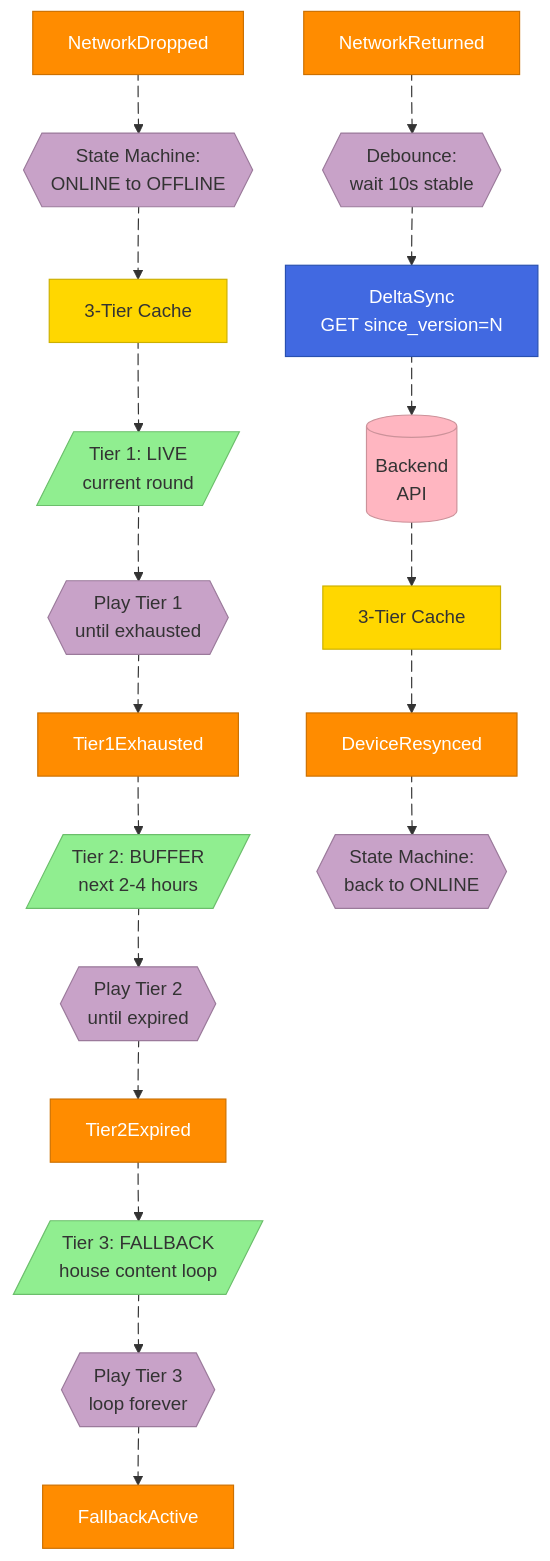
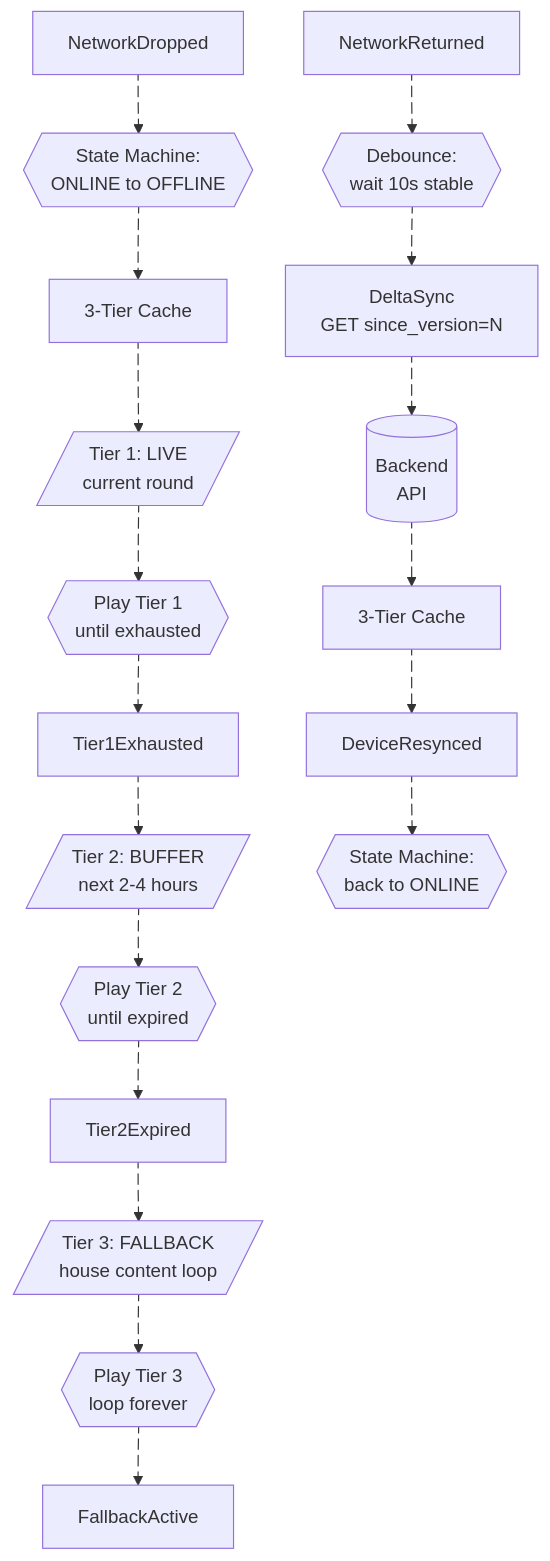
Before and after one commit to wasikarn/jira-generator: the diagram in scripts/diagrams/10-4-process-offline.mmd, drawn with Mermaid. The commit also changed 8 other files, not shown here.

First line of the commit message:
refactor: remove custom color styling from all Event Storming diagrams

```diff
--- a/scripts/diagrams/10-4-process-offline.mmd
+++ b/scripts/diagrams/10-4-process-offline.mmd
@@ -1,88 +1,57 @@
 flowchart TD
     E_DROP["NetworkDropped"]
     POL_OFFLINE{{"State Machine:<br/>ONLINE to OFFLINE"}}
     AGG_CACHE["3-Tier Cache"]
     RM_T1[/"Tier 1: LIVE<br/>current round"/]
     POL_T1{{"Play Tier 1<br/>until exhausted"}}
     E_T1_DONE["Tier1Exhausted"]
     RM_T2[/"Tier 2: BUFFER<br/>next 2-4 hours"/]
     POL_T2{{"Play Tier 2<br/>until expired"}}
     E_T2_DONE["Tier2Expired"]
     RM_T3[/"Tier 3: FALLBACK<br/>house content loop"/]
     POL_T3{{"Play Tier 3<br/>loop forever"}}
     E_FALLBACK["FallbackActive"]
 
     E_RETURN["NetworkReturned"]
     POL_DEBOUNCE{{"Debounce:<br/>wait 10s stable"}}
     C_SYNC["DeltaSync<br/>GET since_version=N"]
     EXT_API[("Backend<br/>API")]
     AGG_CACHE2["3-Tier Cache"]
     E_SYNCED["DeviceResynced"]
     POL_RESUME{{"State Machine:<br/>back to ONLINE"}}
 
     E_DROP e2@--> POL_OFFLINE
     POL_OFFLINE e3@--> AGG_CACHE
     AGG_CACHE e4@--> RM_T1
     RM_T1 e5@-.-> POL_T1
     POL_T1 e6@--> E_T1_DONE
     E_T1_DONE e7@--> RM_T2
     RM_T2 e8@-.-> POL_T2
     POL_T2 e9@--> E_T2_DONE
     E_T2_DONE e10@--> RM_T3
     RM_T3 e11@-.-> POL_T3
     POL_T3 e12@--> E_FALLBACK
 
     E_RETURN e13@--> POL_DEBOUNCE
     POL_DEBOUNCE e14@--> C_SYNC
     C_SYNC e1@--> EXT_API
     EXT_API e15@--> AGG_CACHE2
     AGG_CACHE2 e16@--> E_SYNCED
     E_SYNCED e17@--> POL_RESUME
     e1@{ animation: slow }
     e2@{ animation: fast }
     e3@{ animation: fast }
     e4@{ animation: fast }
     e5@{ animation: fast }
     e6@{ animation: fast }
     e7@{ animation: fast }
     e8@{ animation: fast }
     e9@{ animation: fast }
     e10@{ animation: fast }
     e11@{ animation: fast }
     e12@{ animation: fast }
     e13@{ animation: fast }
     e14@{ animation: fast }
     e15@{ animation: slow }
     e16@{ animation: fast }
     e17@{ animation: fast }
-
-    %% Events - Orange
-    style E_DROP fill:#FF8C00,stroke:#CC7000,color:#fff
-    style E_T1_DONE fill:#FF8C00,stroke:#CC7000,color:#fff
-    style E_T2_DONE fill:#FF8C00,stroke:#CC7000,color:#fff
-    style E_FALLBACK fill:#FF8C00,stroke:#CC7000,color:#fff
-    style E_RETURN fill:#FF8C00,stroke:#CC7000,color:#fff
-    style E_SYNCED fill:#FF8C00,stroke:#CC7000,color:#fff
-
-    %% Commands - Blue
-    style C_SYNC fill:#4169E1,stroke:#2850B0,color:#fff
-
-    %% Aggregates - Yellow
-    style AGG_CACHE fill:#FFD700,stroke:#CCB000,color:#333
-    style AGG_CACHE2 fill:#FFD700,stroke:#CCB000,color:#333
-
-    %% Policies - Lilac
-    style POL_OFFLINE fill:#C8A2C8,stroke:#9B7A9B,color:#333
-    style POL_T1 fill:#C8A2C8,stroke:#9B7A9B,color:#333
-    style POL_T2 fill:#C8A2C8,stroke:#9B7A9B,color:#333
-    style POL_T3 fill:#C8A2C8,stroke:#9B7A9B,color:#333
-    style POL_DEBOUNCE fill:#C8A2C8,stroke:#9B7A9B,color:#333
-    style POL_RESUME fill:#C8A2C8,stroke:#9B7A9B,color:#333
-
-    %% Read Models - Green
-    style RM_T1 fill:#90EE90,stroke:#6BBE6B,color:#333
-    style RM_T2 fill:#90EE90,stroke:#6BBE6B,color:#333
-    style RM_T3 fill:#90EE90,stroke:#6BBE6B,color:#333
-
-    %% External - Pink
-    style EXT_API fill:#FFB6C1,stroke:#CC929A,color:#333
```
